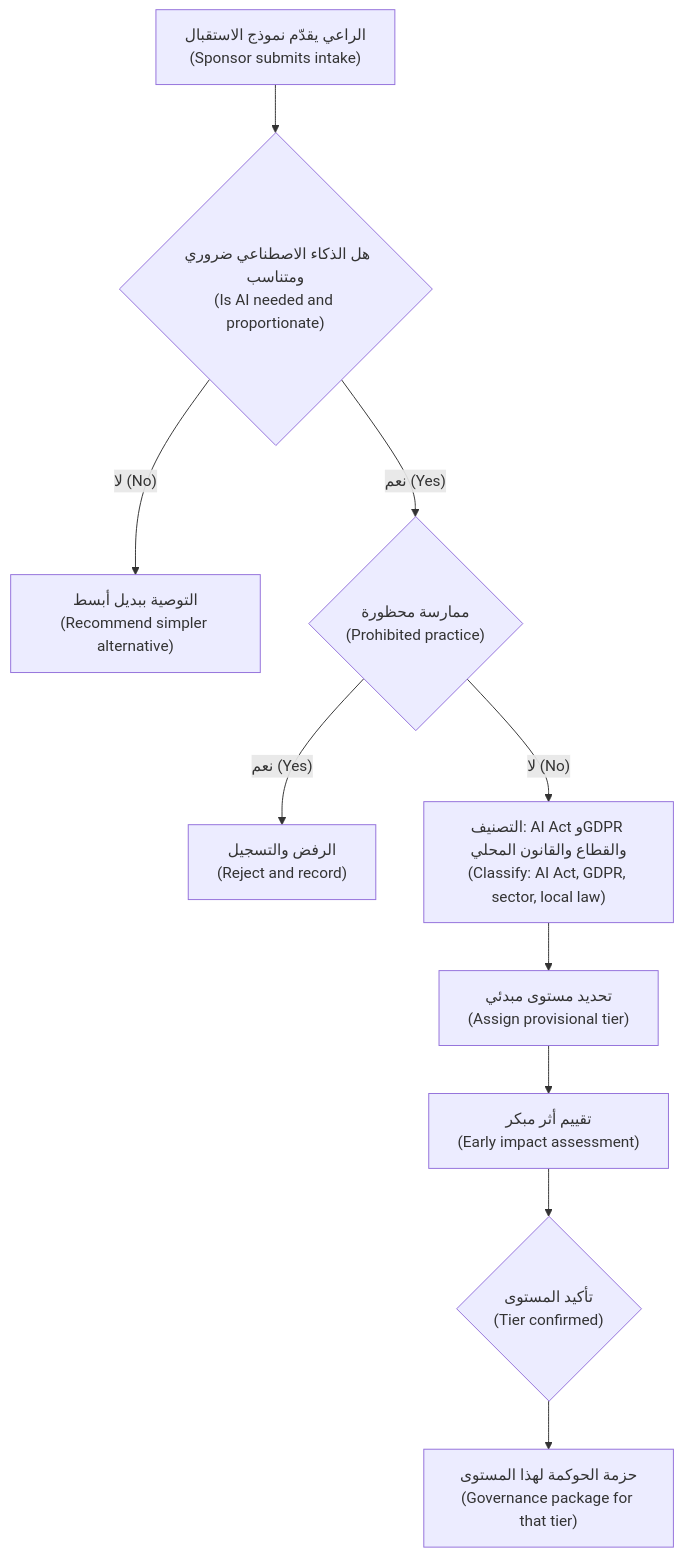
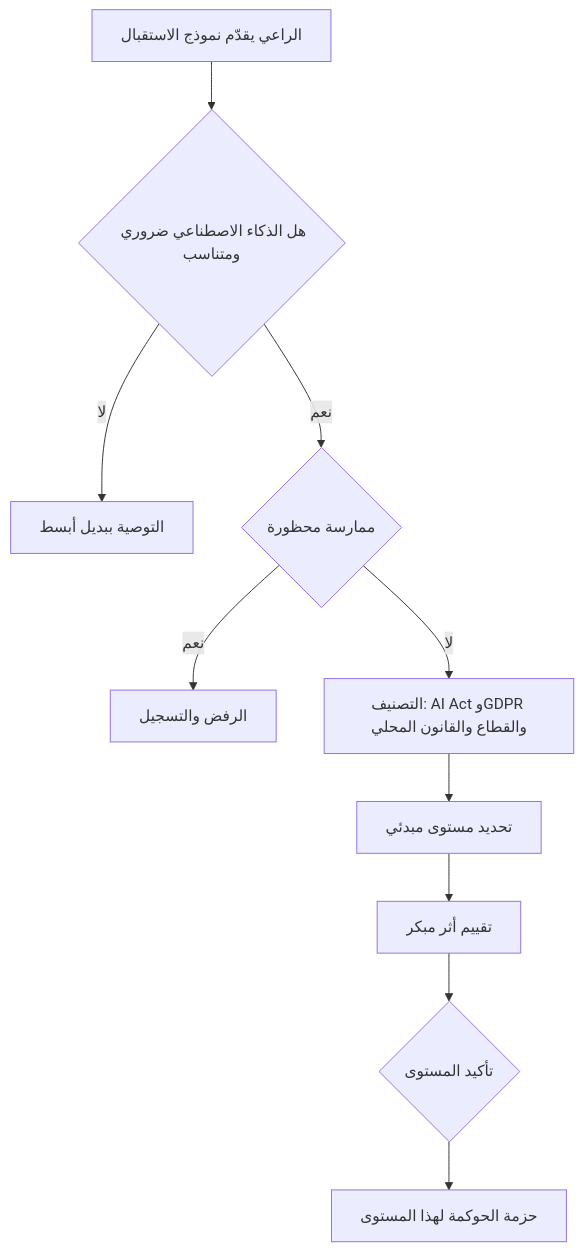
Before and after one commit to Tamoura/system-design-for-vibe-coders: the diagram in aigp/modules/08-design-build.ar.md, drawn with Mermaid. The commit also changed other lines of this file and 551 other files, not shown here.

````diff
--- a/aigp/modules/08-design-build.ar.md
+++ b/aigp/modules/08-design-build.ar.md
@@ -83,12 +83,12 @@
 ```mermaid
 flowchart TD
-    A["الراعي يقدّم نموذج الاستقبال<br/>(Sponsor submits intake)"] --> B{"هل الذكاء الاصطناعي ضروري ومتناسب<br/>(Is AI needed and proportionate)"}
-    B -- "لا (No)" --> C["التوصية ببديل أبسط<br/>(Recommend simpler alternative)"]
-    B -- "نعم (Yes)" --> D{"ممارسة محظورة<br/>(Prohibited practice)"}
-    D -- "نعم (Yes)" --> E["الرفض والتسجيل<br/>(Reject and record)"]
-    D -- "لا (No)" --> F["التصنيف: AI Act وGDPR والقطاع والقانون المحلي<br/>(Classify: AI Act, GDPR, sector, local law)"]
-    F --> G["تحديد مستوى مبدئي<br/>(Assign provisional tier)"]
-    G --> H["تقييم أثر مبكر<br/>(Early impact assessment)"]
-    H --> I{"تأكيد المستوى<br/>(Tier confirmed)"}
-    I --> J["حزمة الحوكمة لهذا المستوى<br/>(Governance package for that tier)"]
+    A["الراعي يقدّم نموذج الاستقبال"] --> B{"هل الذكاء الاصطناعي ضروري ومتناسب"}
+    B -- "لا" --> C["التوصية ببديل أبسط"]
+    B -- "نعم" --> D{"ممارسة محظورة"}
+    D -- "نعم" --> E["الرفض والتسجيل"]
+    D -- "لا" --> F["التصنيف: AI Act وGDPR والقطاع والقانون المحلي"]
+    F --> G["تحديد مستوى مبدئي"]
+    G --> H["تقييم أثر مبكر"]
+    H --> I{"تأكيد المستوى"}
+    I --> J["حزمة الحوكمة لهذا المستوى"]
 ```
````
